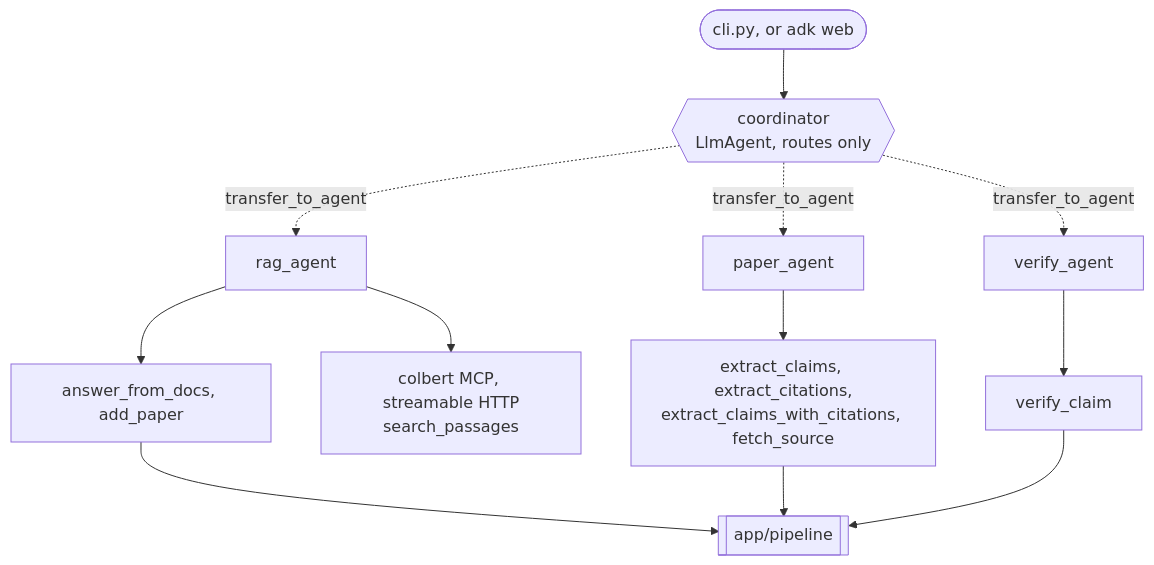
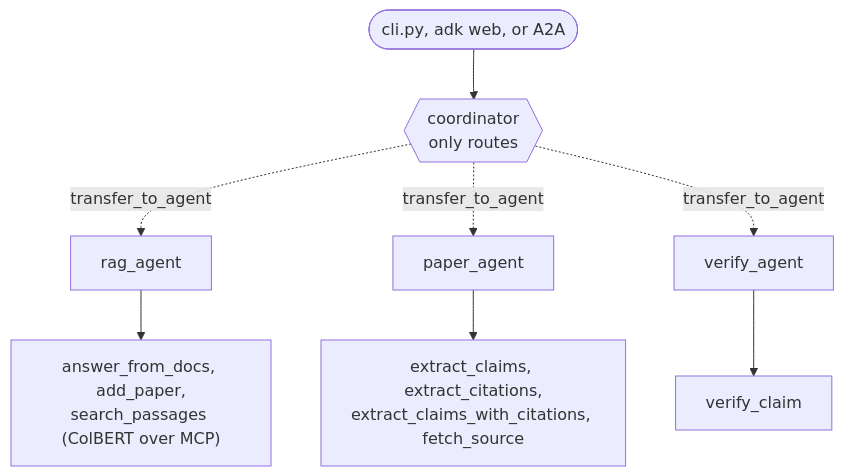
Before and after one commit to ZenithGeeks/SecretSource-prototype: the third of 4 diagrams in ARCHITECTURE.md, drawn with Mermaid. The commit also changed other lines of this file and 1 other file, not shown here.

First line of the commit message:
docs(SCRUM-169): rewrite the architecture notes and README in simple English

````diff
--- a/ARCHITECTURE.md
+++ b/ARCHITECTURE.md
@@ -190,18 +173,10 @@
 ```mermaid
 flowchart TD
-    U(["cli.py, or adk web"]) --> C
-
-    C{{"coordinator<br/>LlmAgent, routes only"}}
+    U(["cli.py, adk web, or A2A"]) --> C{{"coordinator<br/>only routes"}}
     C -.->|"transfer_to_agent"| RA["rag_agent"]
     C -.->|"transfer_to_agent"| PA["paper_agent"]
     C -.->|"transfer_to_agent"| VA["verify_agent"]
-
-    RA --> RT["answer_from_docs, add_paper"]
-    RA --> CMCP["colbert MCP, streamable HTTP<br/>search_passages"]
+    RA --> RT["answer_from_docs, add_paper,<br/>search_passages (ColBERT over MCP)"]
     PA --> PT["extract_claims, extract_citations,<br/>extract_claims_with_citations, fetch_source"]
     VA --> VT["verify_claim"]
-
-    RT --> PIPE[["app/pipeline"]]
-    PT --> PIPE
-    VT --> PIPE
 ```
````
